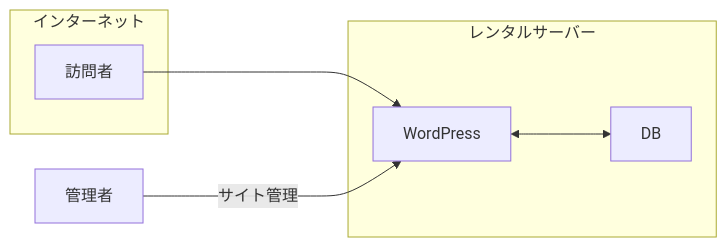
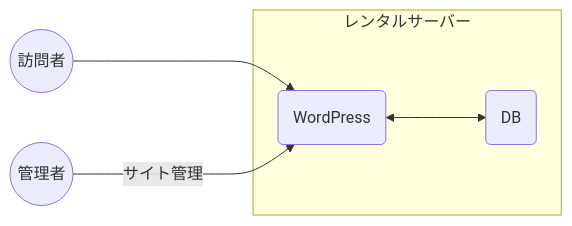
One commit to Dim0000/hugo-blog changed the first of 2 diagrams in content/post/2023-07/wordpress-to-hugo.md. Above: the diagram before and after it, drawn with Mermaid. The commit also changed other lines of this file, not shown here.

```diff
--- a/content/post/2023-07/wordpress-to-hugo.md
+++ b/content/post/2023-07/wordpress-to-hugo.md
@@ -29,11 +27,9 @@
     <div class="mermaid">
     graph LR
-      subgraph インターネット
-      訪問者
+      A((訪問者))
+      A ---> B(WordPress)
+      subgraph レンタルサーバー
+      B <---> C(DB)
       end
-      訪問者 ---> WordPress
-      subgraph レンタルサーバー
-      WordPress <---> DB
-      end
-      管理者 --->|サイト管理| WordPress
+      D((管理者)) --->|サイト管理| B
     </div>
```
